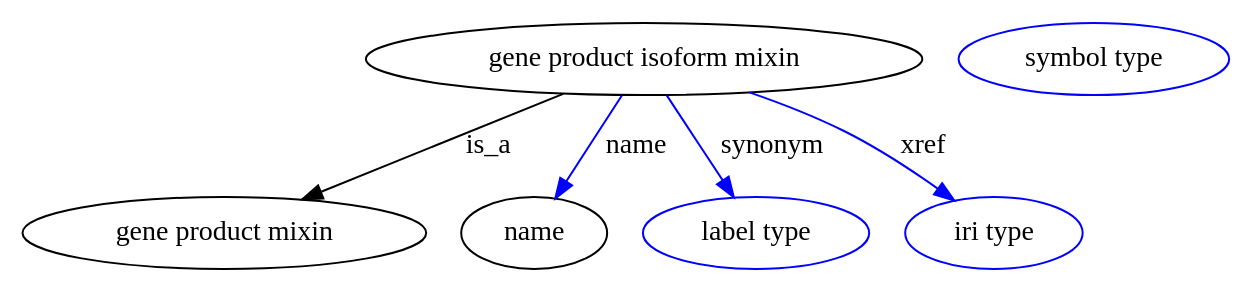
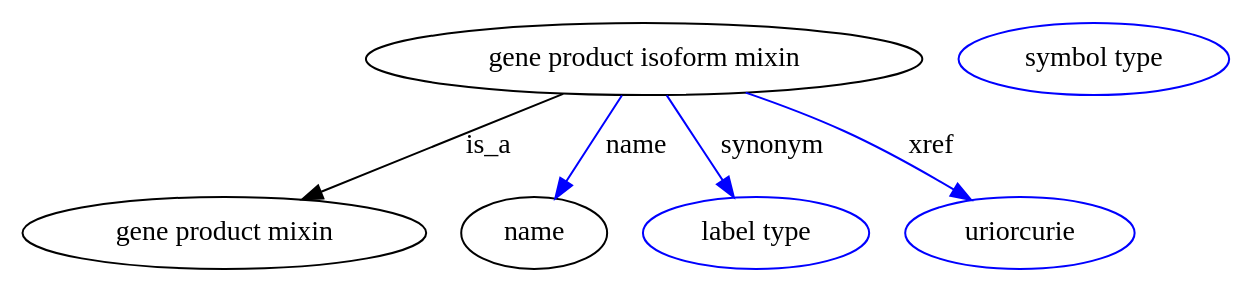
The diagram in graphviz/gene_product_isoform_mixin.gv (biolink/biolink-model), drawn with Graphviz before and after one commit. The commit also changed 37 other files, not shown here.

```diff
--- a/graphviz/gene_product_isoform_mixin.gv
+++ b/graphviz/gene_product_isoform_mixin.gv
@@ -1,47 +1,47 @@
 digraph {
 	graph [bb="0,0,603.34,123"];
 	node [label="\N"];
 	"gene product isoform mixin"	[height=0.5,
 		label="gene product isoform mixin",
 		pos="310.74,105",
 		width=3.8635];
 	"gene product mixin"	[height=0.5,
 		pos="100.74,18",
 		width=2.7984];
 	"gene product isoform mixin" -> "gene product mixin"	[label=is_a,
 		lp="232.74,61.5",
 		pos="e,139.69,34.764 270.25,87.611 235.68,73.617 185.87,53.457 149.19,38.609"];
 	name	[height=0.5,
 		pos="255.74,18",
 		width=1.011];
 	"gene product isoform mixin" -> name	[color=blue,
 		label=name,
 		lp="306.74,61.5",
 		pos="e,266.29,35.31 299.61,86.799 291.63,74.463 280.75,57.656 271.83,43.862",
 		style=solid];
 	synonym	[color=blue,
 		height=0.5,
 		label="label type",
 		pos="366.74,18",
 		width=1.5707];
 	"gene product isoform mixin" -> synonym	[color=blue,
 		label=synonym,
 		lp="374.74,61.5",
 		pos="e,355.62,35.885 322.07,86.799 330.1,74.622 340.99,58.089 350.01,44.398",
 		style=solid];
 	xref	[color=blue,
 		height=0.5,
-		label="iri type",
-		pos="485.74,18",
-		width=1.2277];
+		label=uriorcurie,
+		pos="498.74,18",
+		width=1.5887];
 	"gene product isoform mixin" -> xref	[color=blue,
 		label=xref,
-		lp="450.24,61.5",
-		pos="e,465.89,34.246 363.4,88.339 378.98,82.974 395.84,76.425 410.74,69 426.94,60.926 443.81,49.942 457.44,40.324",
+		lp="454.24,61.5",
+		pos="e,474.33,34.451 361.54,88.2 377.53,82.705 395.08,76.118 410.74,69 429.5,60.471 449.54,49.263 465.75,39.62",
 		style=solid];
 	"macromolecular machine mixin_name"	[color=blue,
 		height=0.5,
 		label="symbol type",
 		pos="535.74,105",
 		width=1.8776];
 }
```
